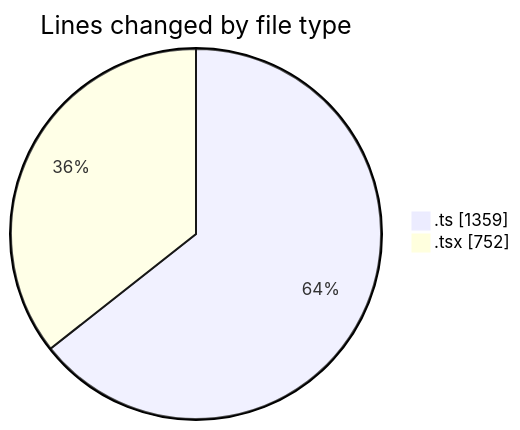
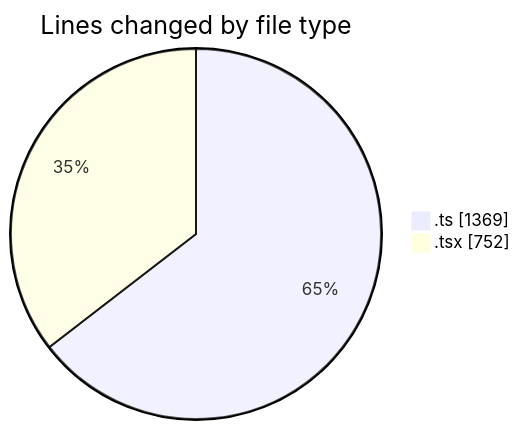
The first of 2 diagrams in 2025-10-23/eventscop-frontend-guide__workspace_/README.md (julien-gomy/code-tracking), drawn with Mermaid before and after one commit. The commit also changed other lines of this file and 1 other file, not shown here.

````diff
--- a/2025-10-23/eventscop-frontend-guide__workspace_/README.md
+++ b/2025-10-23/eventscop-frontend-guide__workspace_/README.md
@@ -26,6 +26,6 @@
 ```mermaid
 pie showData
 title Lines changed by file type
-".ts" : 1359
+".ts" : 1369
 ".tsx" : 752
 ```
````
